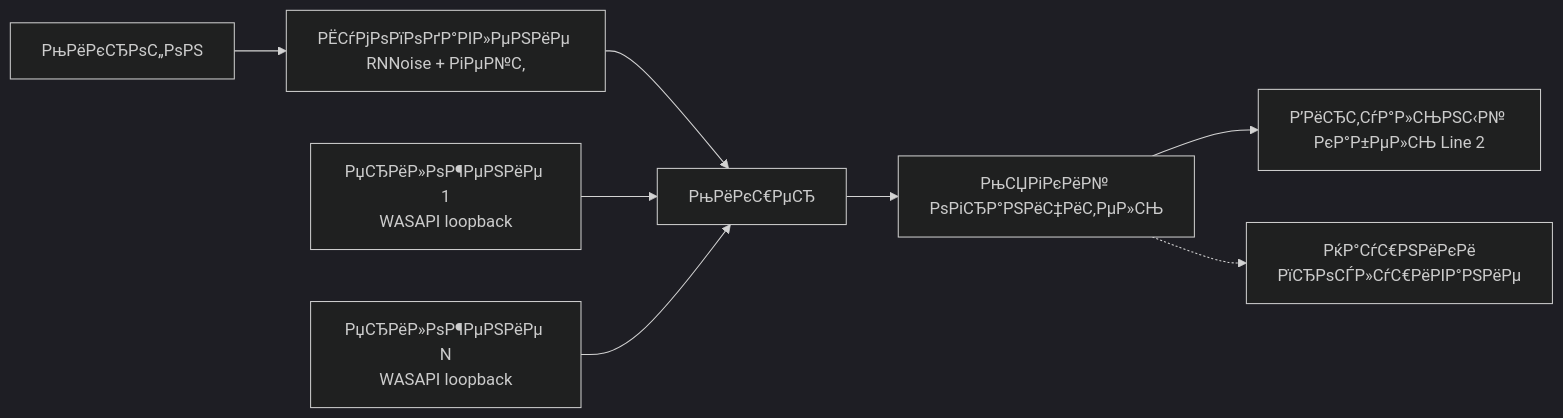
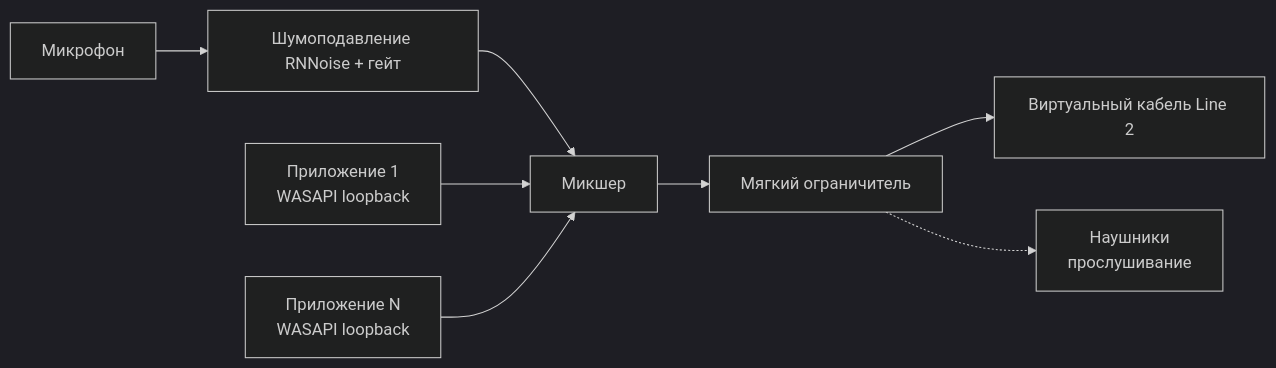
The diagram in README.md (Waywardfucker/voice_mixer), drawn with Mermaid (dark theme) before and after one commit. The commit also changed other lines of this file, not shown here.

````diff
--- a/README.md
+++ b/README.md
@@ -33,10 +33,10 @@
 ```mermaid
 flowchart LR
-    MIC[РњРёРєСЂРѕС„РѕРЅ] --> DN[РЁСѓРјРѕРїРѕРґР°РІР»РµРЅРёРµ RNNoise + РіРµР№С‚]
-    DN --> MIX[РњРёРєС€РµСЂ]
-    A1[РџСЂРёР»РѕР¶РµРЅРёРµ 1<br/>WASAPI loopback] --> MIX
-    A2[РџСЂРёР»РѕР¶РµРЅРёРµ N<br/>WASAPI loopback] --> MIX
-    MIX --> LIM[РњСЏРіРєРёР№ РѕРіСЂР°РЅРёС‡РёС‚РµР»СЊ]
-    LIM --> L2[Р’РёСЂС‚СѓР°Р»СЊРЅС‹Р№ РєР°Р±РµР»СЊ Line 2]
-    LIM -.-> HP[РќР°СѓС€РЅРёРєРё<br/>РїСЂРѕСЃР»СѓС€РёРІР°РЅРёРµ]
+    MIC[Микрофон] --> DN[Шумоподавление RNNoise + гейт]
+    DN --> MIX[Микшер]
+    A1[Приложение 1<br/>WASAPI loopback] --> MIX
+    A2[Приложение N<br/>WASAPI loopback] --> MIX
+    MIX --> LIM[Мягкий ограничитель]
+    LIM --> L2[Виртуальный кабель Line 2]
+    LIM -.-> HP[Наушники<br/>прослушивание]
 ```
````
